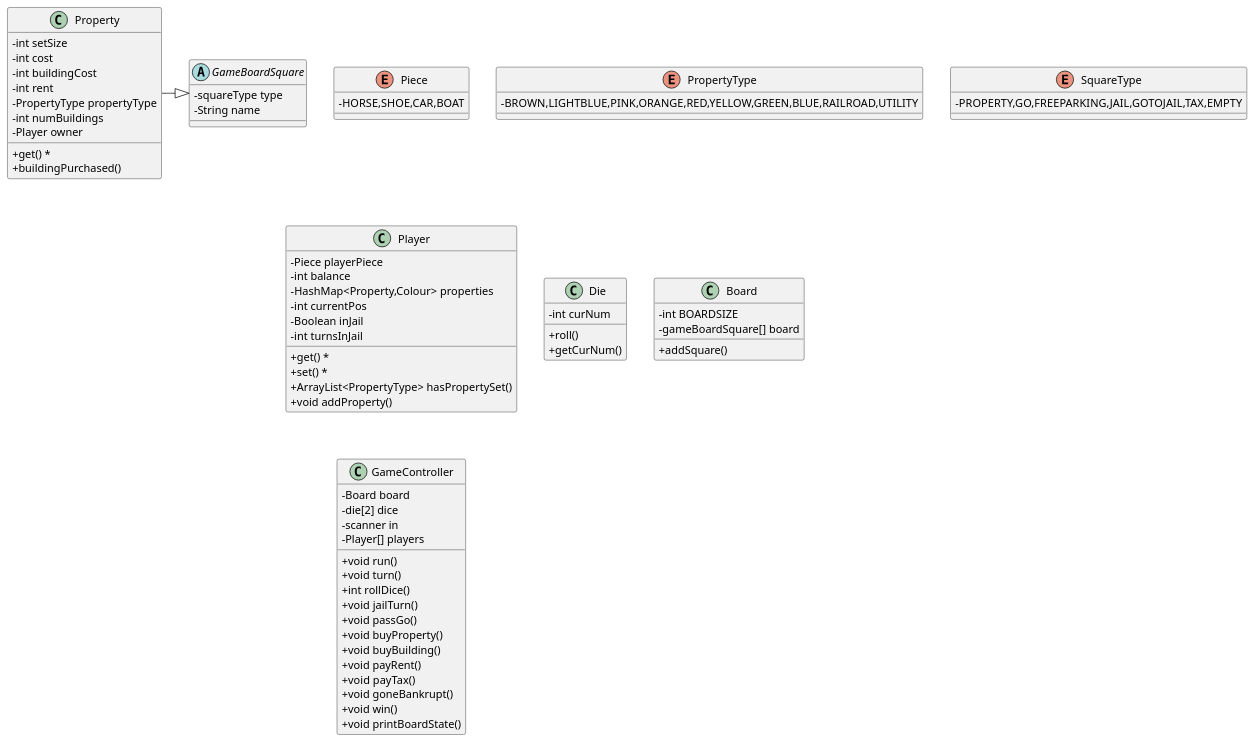
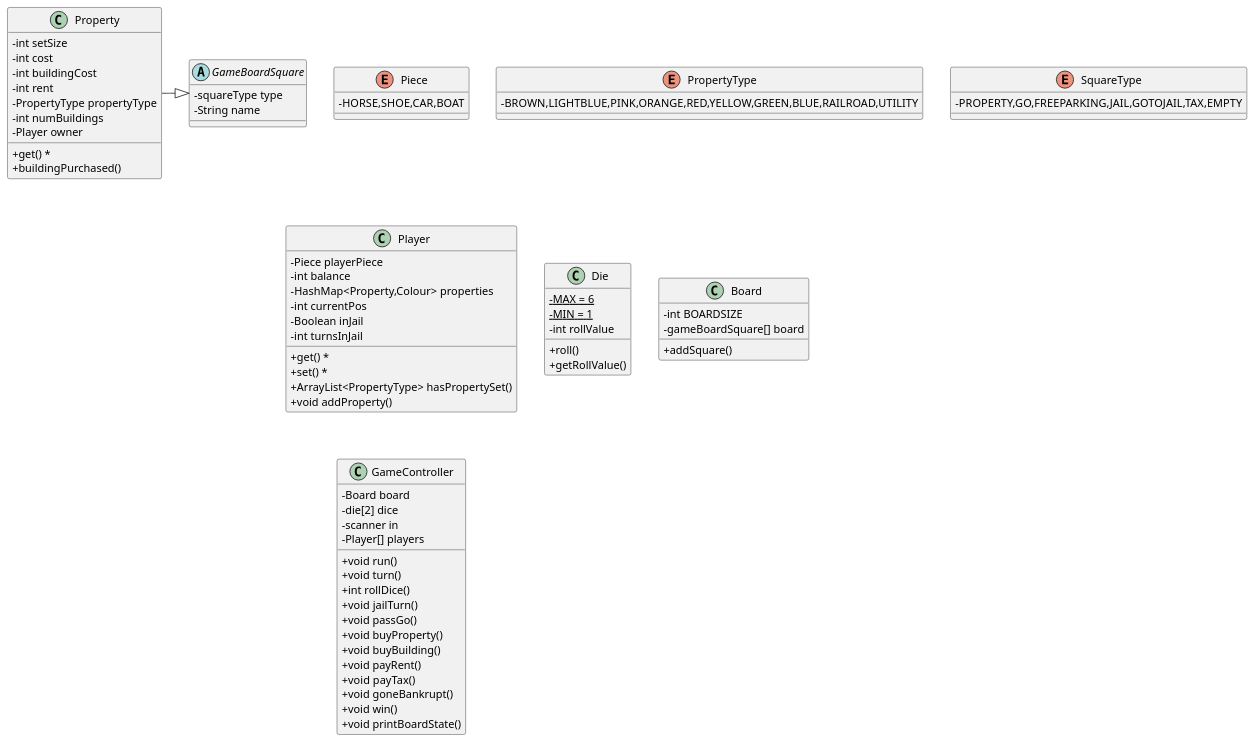
Before and after one commit to Everfeather/monopoly_12: the diagram in src/UML.puml, drawn with PlantUML. The commit also changed 6 other files, not shown here.

```diff
--- a/src/UML.puml
+++ b/src/UML.puml
@@ -1,83 +1,85 @@
 @startuml
 
 'https://plantuml.com/class-diagram
 skinparam classAttributeIconSize 0
 Property -|> GameBoardSquare
 
 enum Piece{
     -HORSE,SHOE,CAR,BOAT
 }
 
 enum PropertyType{
     -BROWN,LIGHTBLUE,PINK,ORANGE,RED,YELLOW,GREEN,BLUE,RAILROAD,UTILITY
 }
 
 enum SquareType{
     -PROPERTY,GO,FREEPARKING,JAIL,GOTOJAIL,TAX,EMPTY
 }
 
 class Player{
     -Piece playerPiece
     -int balance
     -HashMap<Property,Colour> properties
     -int currentPos
     -Boolean inJail
     -int turnsInJail
     + get() *
     + set() *
     + ArrayList<PropertyType> hasPropertySet()
     + void addProperty()
 }
 
 class Die{
-    -int curNum
+    - {static} MAX = 6
+    - {static} MIN = 1
+    -int rollValue
     +roll()
-    +getCurNum()
+    +getRollValue()
 }
 
 class Board{
     - int BOARDSIZE
     - gameBoardSquare[] board
     + addSquare()
 }
 
 class GameController{
     -Board board
     -die[2] dice
     -scanner in
     -Player[] players
     +void run()
     +void turn()
     +int rollDice()
     +void jailTurn()
     +void passGo()
     +void buyProperty()
     +void buyBuilding()
     +void payRent()
     +void payTax()
     +void goneBankrupt()
     +void win()
     +void printBoardState()
 
 }
 
 abstract class GameBoardSquare{
     -squareType type
     -String name
 }
 
 class Property {
     -int setSize
     -int cost
     -int buildingCost
     -int rent
     -PropertyType propertyType
     -int numBuildings
     -Player owner
     +get() *
     +buildingPurchased()
 
 }
 
 
 @enduml
```
